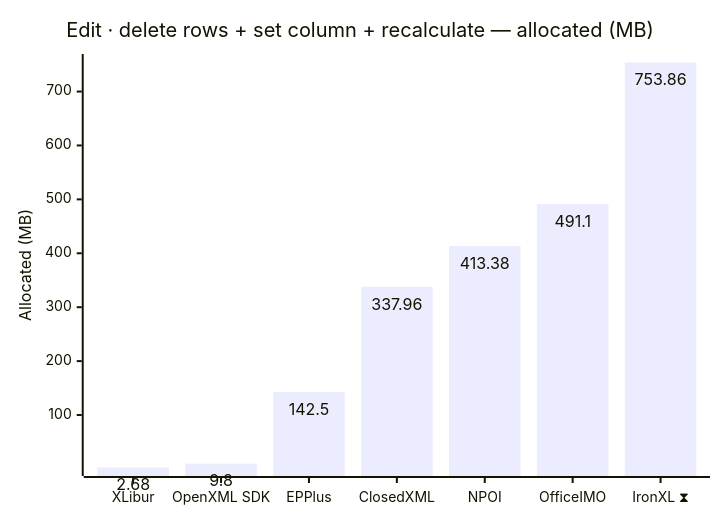
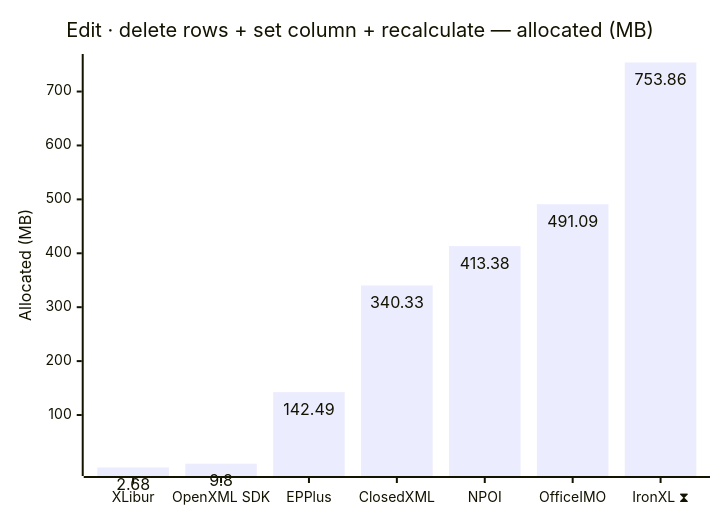
The tenth of 12 diagrams in docs/results-ci.md (jafin/XLBench), drawn with Mermaid before and after one commit. The commit also changed other lines of this file, not shown here.

````diff
--- a/docs/results-ci.md
+++ b/docs/results-ci.md
@@ -160,12 +160,12 @@
 ```mermaid
 ---
 config:
   xyChart:
     showDataLabel: true
 ---
 xychart-beta
     title "Edit · delete rows + set column + recalculate — allocated (MB)"
     x-axis ["XLibur", "OpenXML SDK", "EPPlus", "ClosedXML", "NPOI", "OfficeIMO", "IronXL ⧗"]
     y-axis "Allocated (MB)"
-    bar [2.68, 9.8, 142.5, 337.96, 413.38, 491.1, 753.86]
+    bar [2.68, 9.8, 142.49, 340.33, 413.38, 491.09, 753.86]
 ```
````
